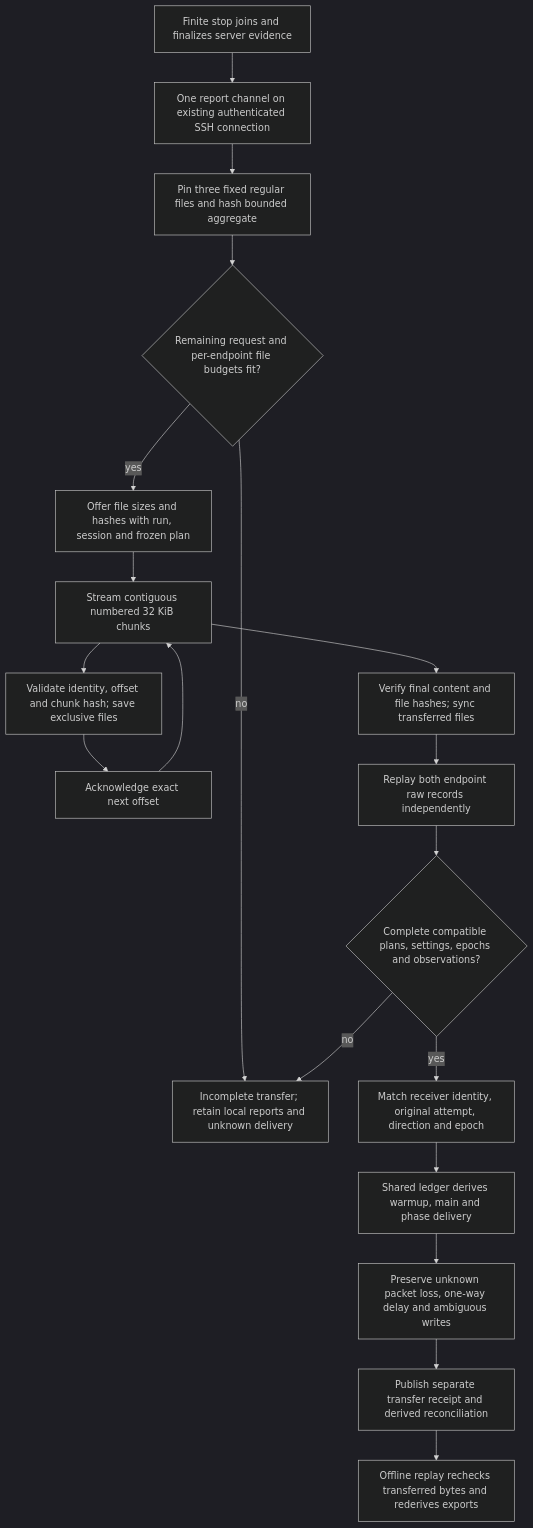
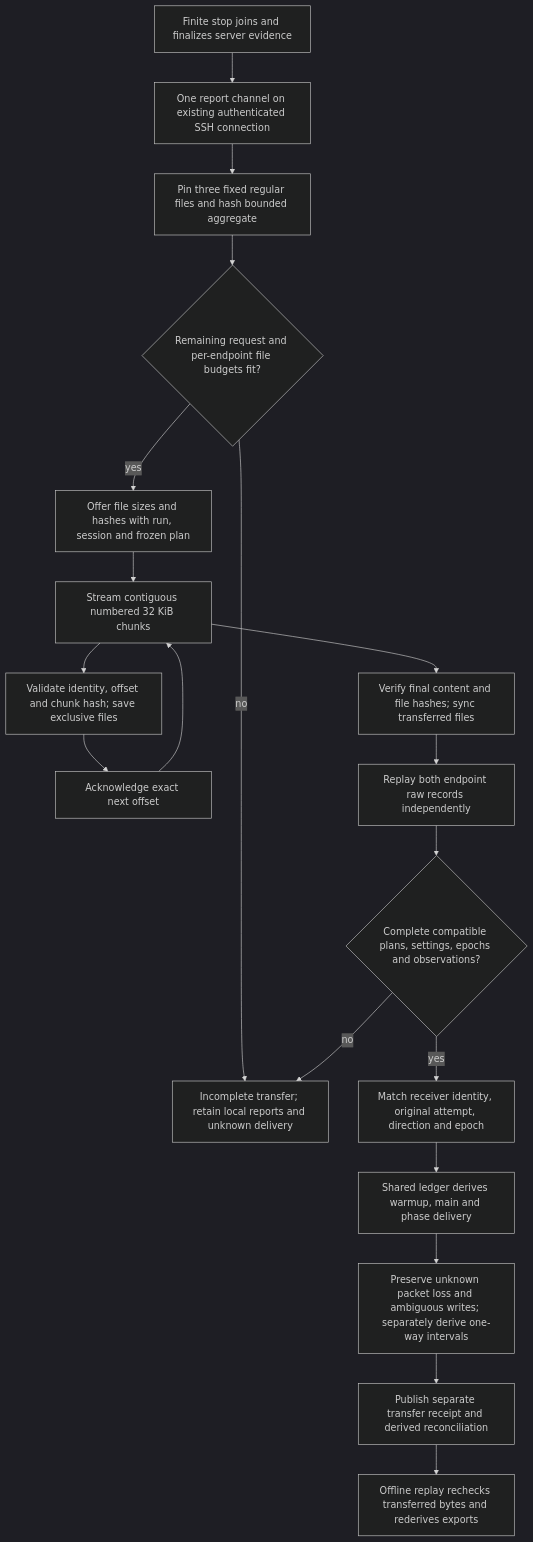
One commit to rashidbestry/sneaky-port changed diagram 13 of 15 in FLOWCHART.md. Above: the diagram before and after it, drawn with Mermaid (dark theme). The commit also changed other lines of this file and 13 other files, not shown here.

First line of the commit message:
Enhance one-way integration and calibration features

````diff
--- a/FLOWCHART.md
+++ b/FLOWCHART.md
@@ -333,21 +333,21 @@
 ```mermaid
 flowchart TD
     A[Finite stop joins and finalizes server evidence] --> B[One report channel on existing authenticated SSH connection]
     B --> C[Pin three fixed regular files and hash bounded aggregate]
     C --> D{Remaining request and per-endpoint file budgets fit?}
     D -->|no| X[Incomplete transfer; retain local reports and unknown delivery]
     D -->|yes| E[Offer file sizes and hashes with run, session and frozen plan]
     E --> F[Stream contiguous numbered 32 KiB chunks]
     F --> G[Validate identity, offset and chunk hash; save exclusive files]
     G --> H[Acknowledge exact next offset]
     H --> F
     F --> I[Verify final content and file hashes; sync transferred files]
     I --> J[Replay both endpoint raw records independently]
     J --> K{Complete compatible plans, settings, epochs and observations?}
     K -->|no| X
     K -->|yes| L[Match receiver identity, original attempt, direction and epoch]
     L --> M[Shared ledger derives warmup, main and phase delivery]
-    M --> N[Preserve unknown packet loss, one-way delay and ambiguous writes]
+    M --> N[Preserve unknown packet loss and ambiguous writes; separately derive one-way intervals]
     N --> O[Publish separate transfer receipt and derived reconciliation]
     O --> P[Offline replay rechecks transferred bytes and rederives exports]
 ```
````
